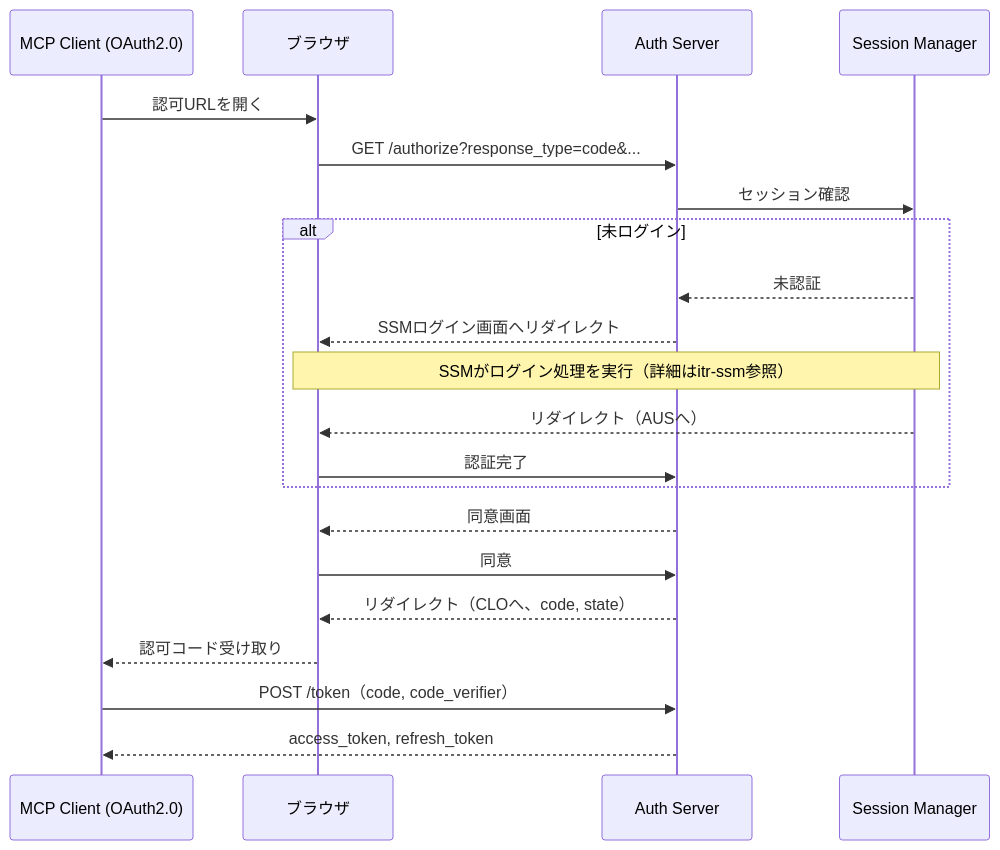
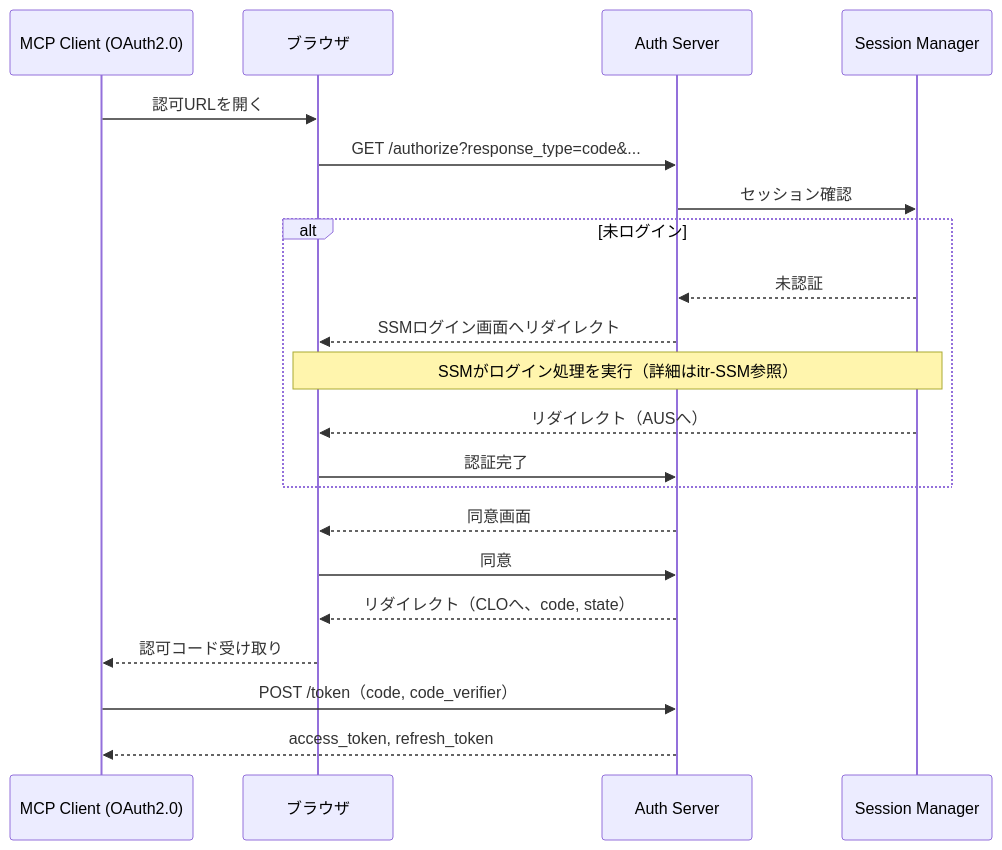
One commit to shibaleo/mcpist changed the diagram in docs/002_specification/interaction/dtl-itr-AUS-SSM.md. Above: the diagram before and after it, drawn with Mermaid. The commit also changed other lines of this file and 67 other files, not shown here.

````diff
--- a/docs/002_specification/interaction/dtl-itr-AUS-SSM.md
+++ b/docs/002_specification/interaction/dtl-itr-AUS-SSM.md
@@ -38,25 +38,25 @@
 ```mermaid
 sequenceDiagram
     participant CLO as MCP Client (OAuth2.0)
     participant Browser as ブラウザ
     participant AUS as Auth Server
     participant SSM as Session Manager
 
     CLO->>Browser: 認可URLを開く
     Browser->>AUS: GET /authorize?response_type=code&...
     AUS->>SSM: セッション確認
     alt 未ログイン
         SSM-->>AUS: 未認証
         AUS-->>Browser: SSMログイン画面へリダイレクト
-        Note over Browser,SSM: SSMがログイン処理を実行（詳細はitr-ssm参照）
+        Note over Browser,SSM: SSMがログイン処理を実行（詳細はitr-SSM参照）
         SSM-->>Browser: リダイレクト（AUSへ）
         Browser->>AUS: 認証完了
     end
     AUS-->>Browser: 同意画面
     Browser->>AUS: 同意
     AUS-->>Browser: リダイレクト（CLOへ、code, state）
     Browser-->>CLO: 認可コード受け取り
 
     CLO->>AUS: POST /token（code, code_verifier）
     AUS-->>CLO: access_token, refresh_token
 ```
````
